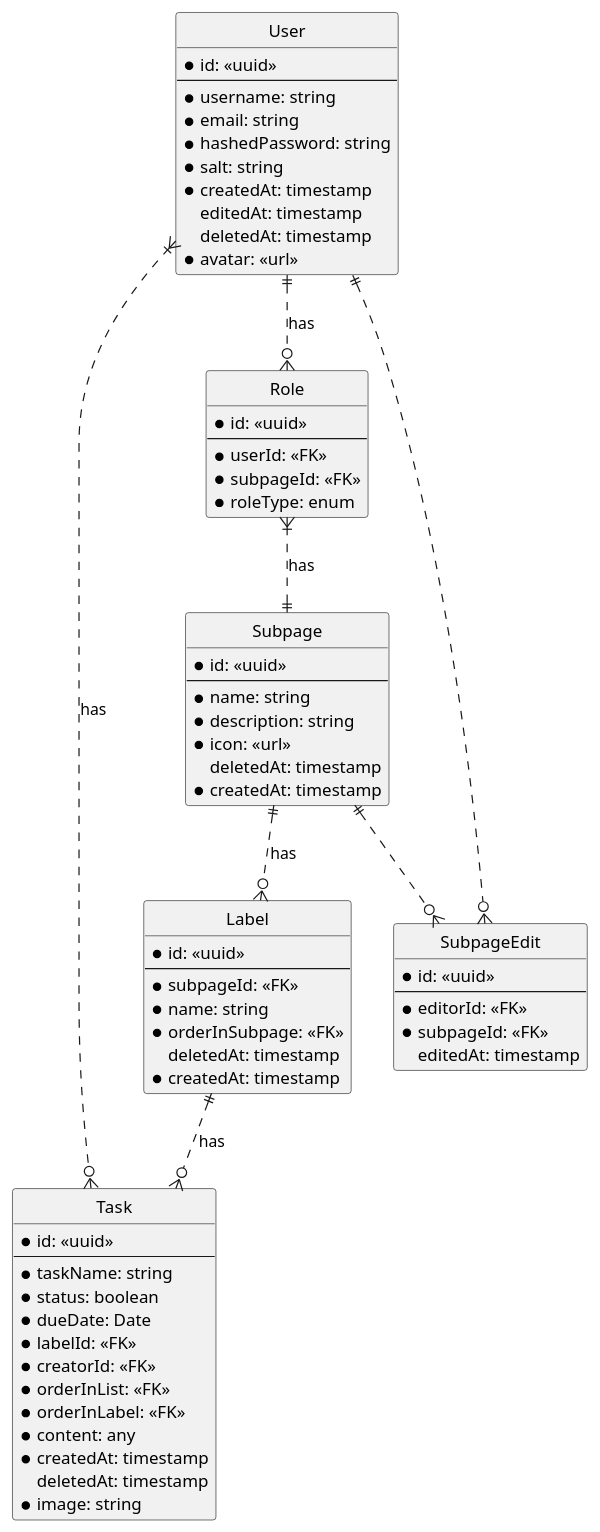
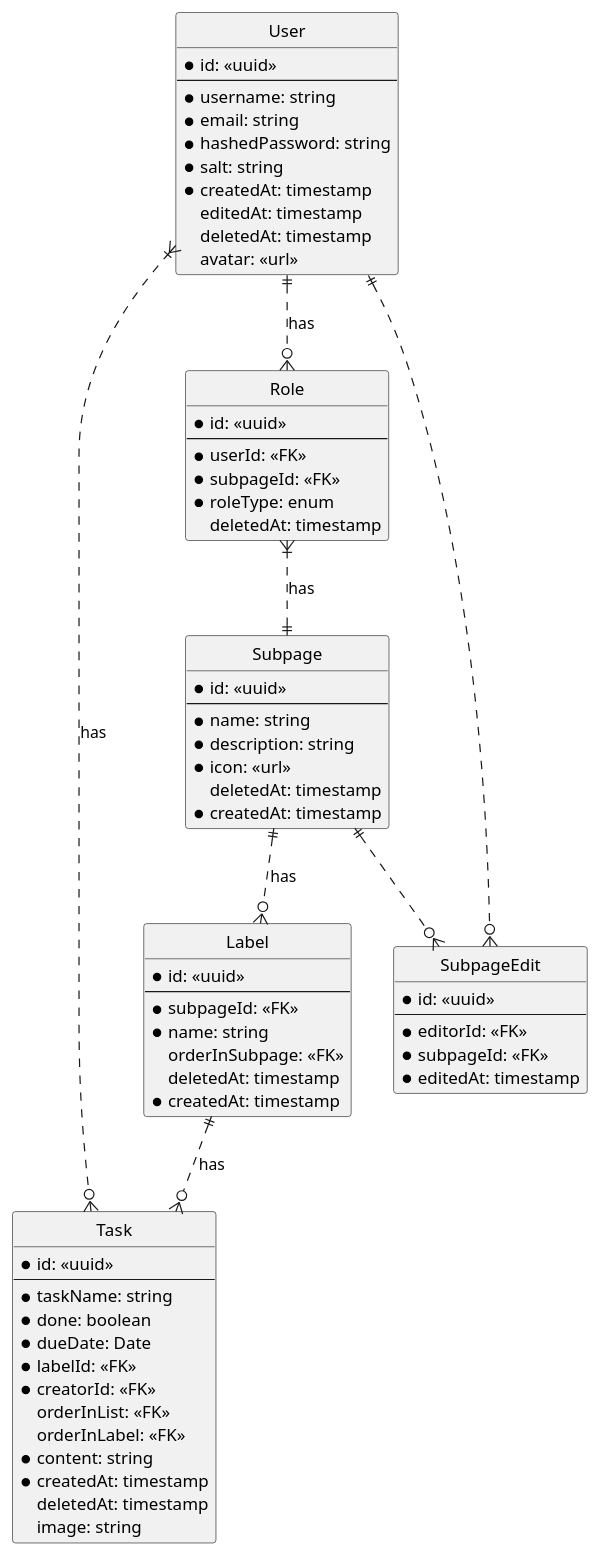
One commit to allneu/pb138-project-nushn changed the diagram in diagrams/nushn.puml. Above: the diagram before and after it, drawn with PlantUML. The commit also changed 1 other file, not shown here.

Commit message:
fix: updated diagram according to current schema

```diff
--- a/diagrams/nushn.puml
+++ b/diagrams/nushn.puml
@@ -1,92 +1,81 @@
 @startuml nushn
 
 hide circle
 
 entity User {
     * id: <<uuid>>
     ---
     * username: string
     * email: string
     * hashedPassword: string
     * salt: string
     * createdAt: timestamp
     editedAt: timestamp
     deletedAt: timestamp
-    * avatar: <<url>>
+    avatar: <<url>>
 }
 
 entity Subpage {
     *id: <<uuid>>
     ---
     * name: string
     * description: string
     * icon: <<url>>
     deletedAt: timestamp
     * createdAt: timestamp
 }
 
 entity Label {
     *id: <<uuid>>
     ---
     * subpageId: <<FK>>
     * name: string
-    * orderInSubpage: <<FK>>
+    orderInSubpage: <<FK>>
     deletedAt: timestamp
     * createdAt: timestamp
 }
 
 entity Role {
     * id: <<uuid>>
     ---
     * userId: <<FK>>
     * subpageId: <<FK>>
     * roleType: enum
+    deletedAt: timestamp
 }
 
 entity Task {
     * id: <<uuid>>
     ---
     * taskName: string
-    * status: boolean
+    * done: boolean
     * dueDate: Date
     * labelId: <<FK>>
     * creatorId: <<FK>>
-    * orderInList: <<FK>>
-    * orderInLabel: <<FK>>
-    * content: any
+    orderInList: <<FK>>
+    orderInLabel: <<FK>>
+    * content: string
     * createdAt: timestamp
     deletedAt: timestamp
-    * image: string
+    image: string
 }
 
 entity SubpageEdit {
     * id: <<uuid>>
     ---
     * editorId: <<FK>>
     * subpageId: <<FK>>
-    editedAt: timestamp
+    * editedAt: timestamp
 }
-
-' Can add comments later
-' 
-' entity Comment {
-'     * id: <<uuid>>
-'     ---
-'     * taskId: <<FK>>
-'     * commenterId: <<FK>>
-'     * createdAt: timestamp
-'     deletedAt: timestamp
-'     editedAt: timestamp   
-' }
 
 User }|..o{ Task : has
 User ||..o{ Role : has
 Subpage ||..o{ Label : has
 Label ||..o{ Task : has
 
 Subpage ||..o{ SubpageEdit
 User ||..o{ SubpageEdit
 
 Role }|..|| Subpage : has
 ' User ||..o{ Subpage : has
 @enduml
```
